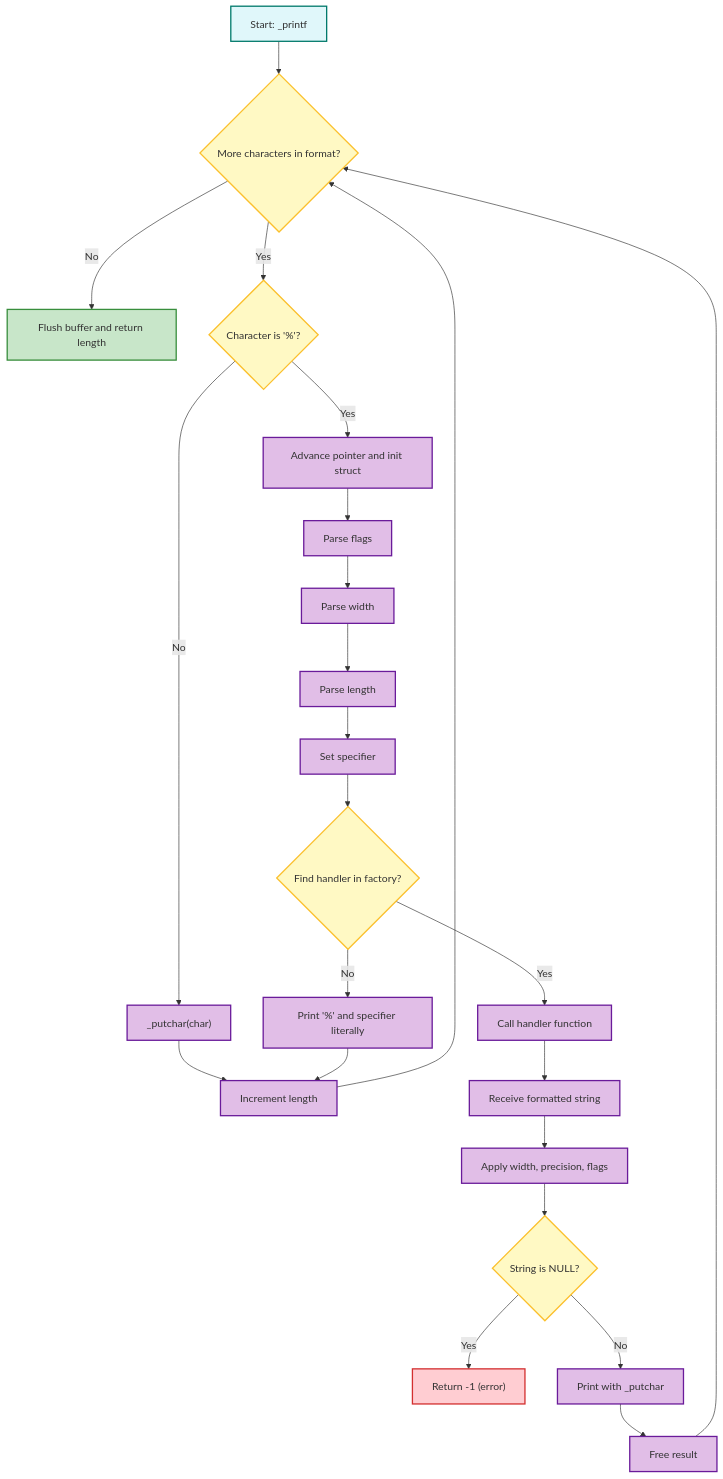
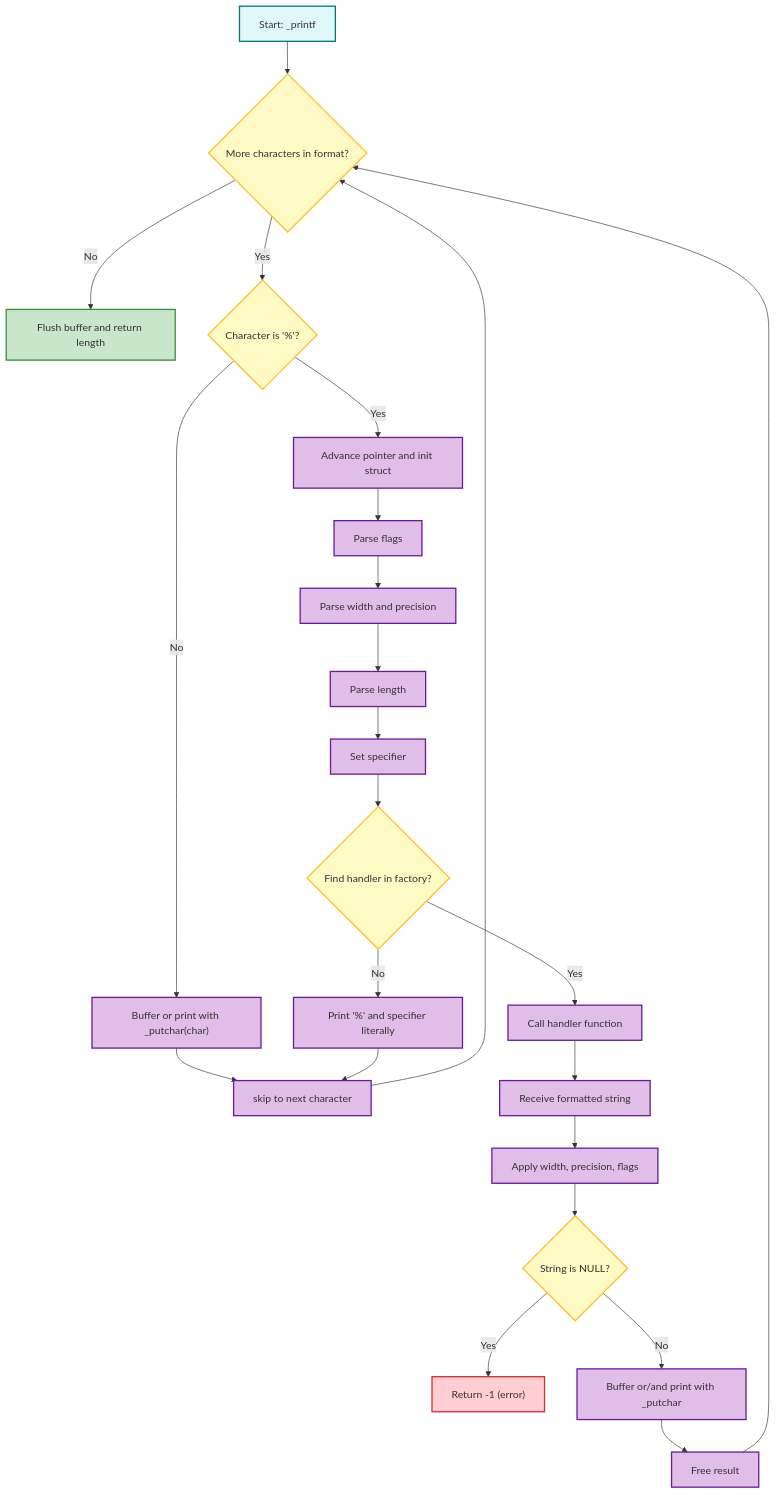
The diagram in README.md (AdelMej/holbertonschool-printf), drawn with Mermaid before and after one commit.

Commit message:
doc: added a bit more clarity in the flowchart

````diff
--- a/README.md
+++ b/README.md
@@ -156,46 +156,46 @@
 ```mermaid
 ---
 config:
   layout: dagre
 ---
 flowchart TD
     A["Start: _printf"] --> B{"More characters in format?"}
     B -->|No| Z["Flush buffer and return length"]
     B -->|Yes| C{"Character is '%'?"}
-    C -->|No| D["_putchar(char)"]
-    D --> E["Increment length"]
+    C -->|No| D["Buffer or print with _putchar(char)"]
+    D --> E["skip to next character"]
     E --> B
 
     C -->|Yes| F["Advance pointer and init struct"]
     F --> G["Parse flags"]
-    G --> H["Parse width"]
+    G --> H["Parse width and precision"]
     H --> I["Parse length"]
     I --> J["Set specifier"]
 
     J --> K{"Find handler in factory?"}
     K -->|No| L["Print '%' and specifier literally"]
     L --> E
     K -->|Yes| M["Call handler function"]
 
     M --> N["Receive formatted string"]
     N --> O["Apply width, precision, flags"]
     O --> P{"String is NULL?"}
     P -->|Yes| Q["Return -1 (error)"]
-    P -->|No| R["Print with _putchar"]
+    P -->|No| R["Buffer or/and print with _putchar"]
     R --> S["Free result"]
     S --> B
 
     %% Node styling
     classDef start fill:#e0f7fa,stroke:#00796b,stroke-width:2px;
     classDef decision fill:#fff9c4,stroke:#fbc02d,stroke-width:2px;
     classDef action fill:#e1bee7,stroke:#6a1b9a,stroke-width:2px;
     classDef endnode fill:#c8e6c9,stroke:#388e3c,stroke-width:2px;
     classDef errornode fill:#ffcdd2,stroke:#d32f2f,stroke-width:2px;
 
     %% Assign styles to nodes
     class A start;
     class B,C,K,P decision;
     class D,E,F,G,H,I,J,L,M,N,O,R,S action;
     class Z endnode;
     class Q errornode;
 ```
````
